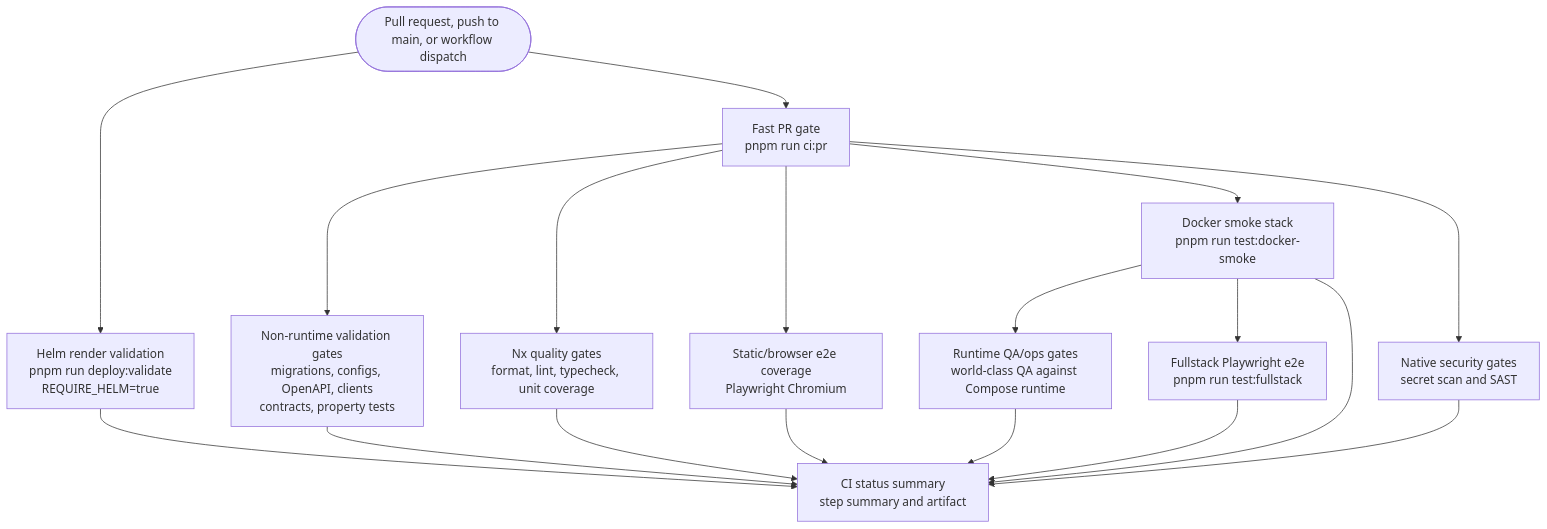
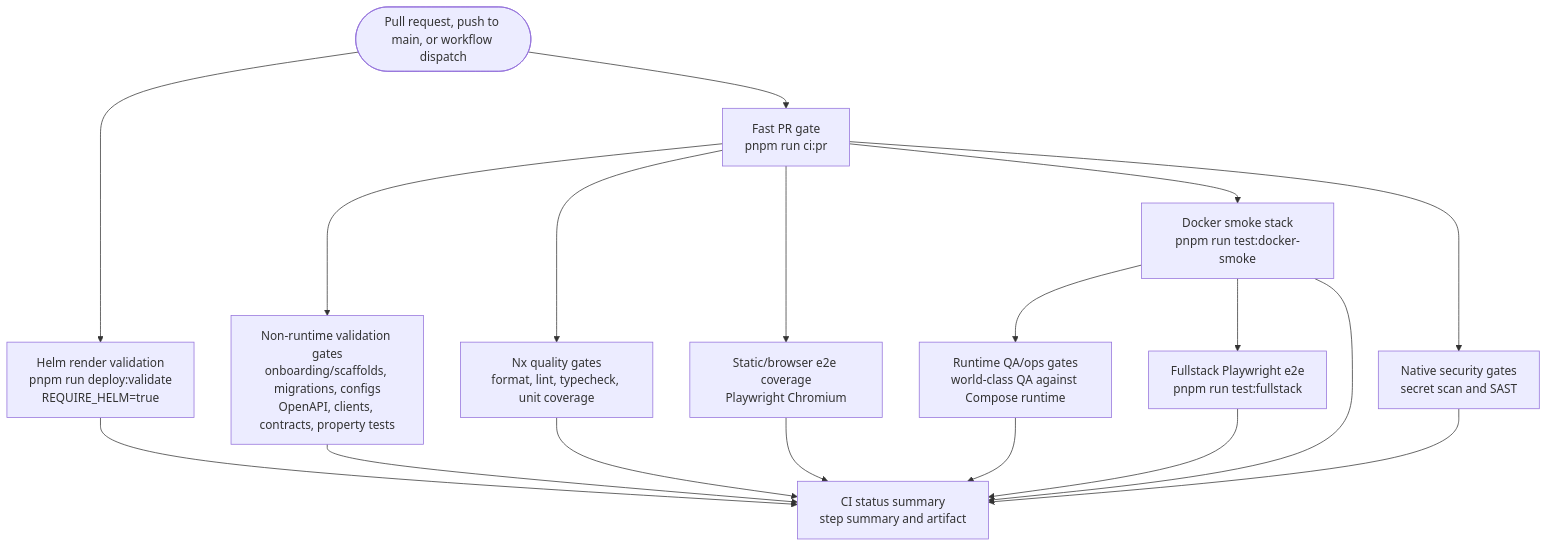
The diagram in docs/ci-observability.md (nmime/nest-react-boilerplate), drawn with Mermaid before and after one commit. The commit also changed other lines of this file and 35 other files, not shown here.

````diff
--- a/docs/ci-observability.md
+++ b/docs/ci-observability.md
@@ -26,31 +28,31 @@
 ```mermaid
 flowchart TD
   start([Pull request, push to main, or workflow dispatch])
   helm[Helm render validation<br/>pnpm run deploy:validate<br/>REQUIRE_HELM=true]
   fast[Fast PR gate<br/>pnpm run ci:pr]
-  nonruntime[Non-runtime validation gates<br/>migrations, configs, OpenAPI, clients<br/>contracts, property tests]
+  nonruntime[Non-runtime validation gates<br/>onboarding/scaffolds, migrations, configs<br/>OpenAPI, clients, contracts, property tests]
   quality[Nx quality gates<br/>format, lint, typecheck, unit coverage]
   browser[Static/browser e2e coverage<br/>Playwright Chromium]
   docker[Docker smoke stack<br/>pnpm run test:docker-smoke]
   security[Native security gates<br/>secret scan and SAST]
   ops[Runtime QA/ops gates<br/>world-class QA against Compose runtime]
   fullstack[Fullstack Playwright e2e<br/>pnpm run test:fullstack]
   summary[CI status summary<br/>step summary and artifact]
   start --> helm
   start --> fast
   fast --> nonruntime
   fast --> quality
   fast --> browser
   fast --> docker
   fast --> security
   docker --> ops
   docker --> fullstack
   helm --> summary
   nonruntime --> summary
   quality --> summary
   browser --> summary
   docker --> summary
   security --> summary
   ops --> summary
   fullstack --> summary
 ```
````
